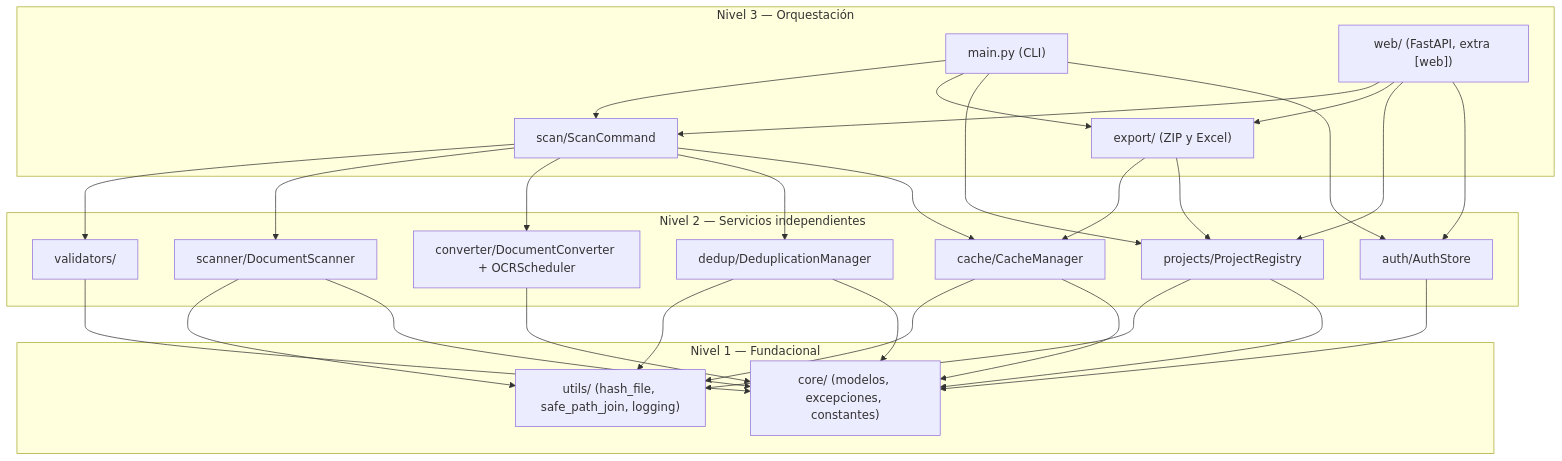
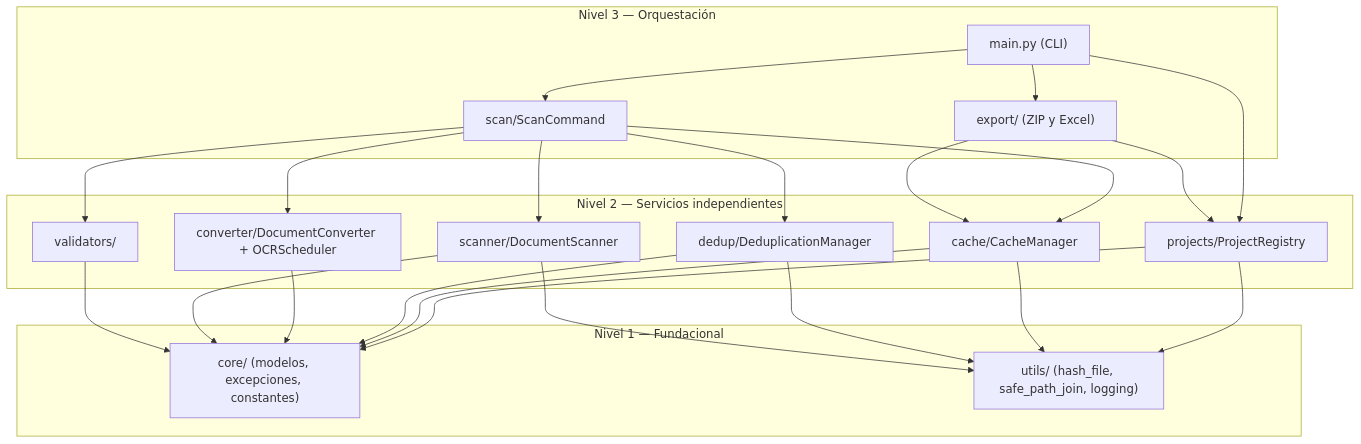
One commit to fmanza/doc_organize changed the diagram in docs/api/index.md. Above: the diagram before and after it, drawn with Mermaid. The commit also changed other lines of this file and 175 other files, not shown here.

First line of the commit message:
feat!: librería pura 1.0.0rc1 — retirar la web integrada, auth/ y lo obsoleto (L-11, L-12) (#23)

````diff
--- a/docs/api/index.md
+++ b/docs/api/index.md
@@ -19,53 +23,45 @@
 ```mermaid
 graph TB
     subgraph L3["Nivel 3 — Orquestación"]
         CLI["main.py (CLI)"]
         ScanCmd["scan/ScanCommand"]
         Export["export/ (ZIP y Excel)"]
-        Web["web/ (FastAPI, extra [web])"]
     end
 
     subgraph L2["Nivel 2 — Servicios independientes"]
         Validators["validators/"]
         Scanner["scanner/DocumentScanner"]
         Converter["converter/DocumentConverter + OCRScheduler"]
         Dedup["dedup/DeduplicationManager"]
         Cache["cache/CacheManager"]
         Projects["projects/ProjectRegistry"]
-        Auth["auth/AuthStore"]
     end
 
     subgraph L1["Nivel 1 — Fundacional"]
         Core["core/ (modelos, excepciones, constantes)"]
         Utils["utils/ (hash_file, safe_path_join, logging)"]
     end
 
     CLI --> ScanCmd
-    Web --> ScanCmd
     CLI --> Export
-    Web --> Export
     Export --> Cache
     Export --> Projects
     CLI --> Projects
-    Web --> Projects
-    Web --> Auth
-    CLI --> Auth
 
     ScanCmd --> Validators
     ScanCmd --> Scanner
     ScanCmd --> Converter
     ScanCmd --> Dedup
     ScanCmd --> Cache
 
     Validators --> Core
     Scanner --> Utils
     Scanner --> Core
     Converter --> Core
     Dedup --> Utils
     Dedup --> Core
     Cache --> Utils
     Cache --> Core
     Projects --> Utils
     Projects --> Core
-    Auth --> Core
 ```
````
